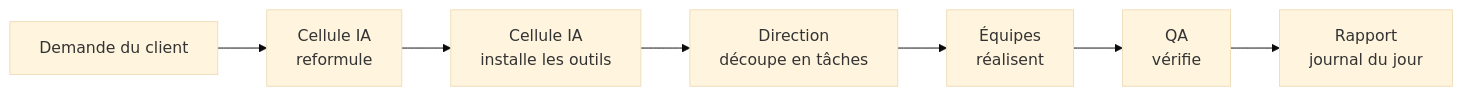
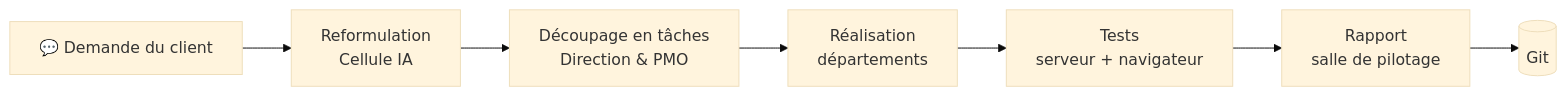
Before and after one commit to Ahmedbannour/ai-casting-platform: the sixth of 6 diagrams in README.md, drawn with Mermaid (base theme). The commit also changed other lines of this file and 12 other files, not shown here.

````diff
--- a/README.md
+++ b/README.md
@@ -414,9 +301,9 @@
 ```mermaid
 flowchart LR
-    V[Demande du client] --> R[Cellule IA<br/>reformule]
-    R --> O[Cellule IA<br/>installe les outils]
-    O --> D[Direction<br/>découpe en tâches]
-    D --> E[Équipes<br/>réalisent]
-    E --> Q[QA<br/>vérifie]
-    Q --> J[Rapport<br/>journal du jour]
+    A[💬 Demande du client] --> B[Reformulation<br/>Cellule IA]
+    B --> C[Découpage en tâches<br/>Direction & PMO]
+    C --> D[Réalisation<br/>départements]
+    D --> E[Tests<br/>serveur + navigateur]
+    E --> F[Rapport<br/>salle de pilotage]
+    F --> G[(Git)]
 ```
````
